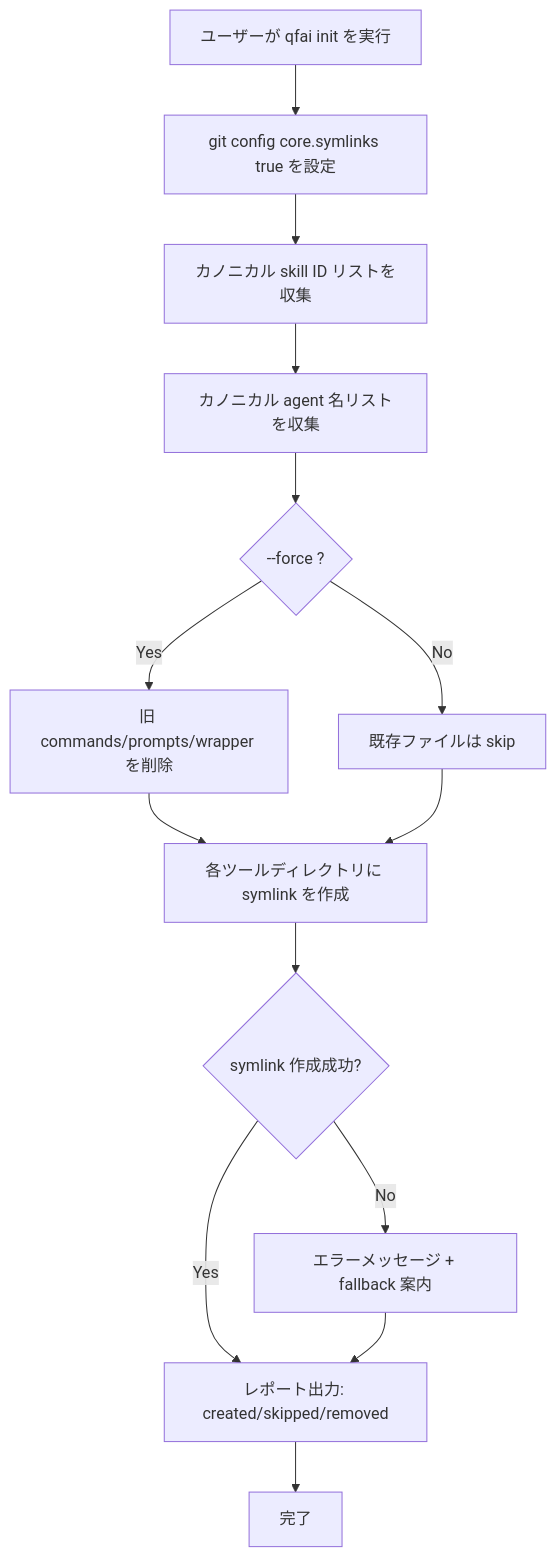
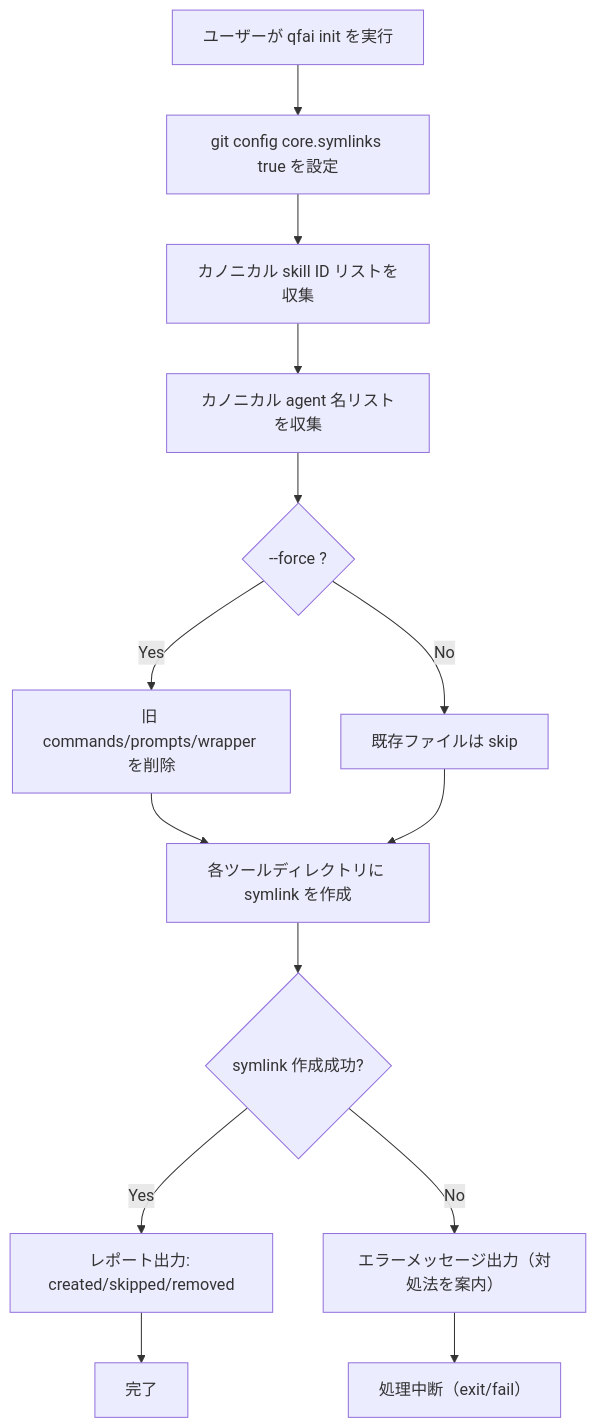
One commit to aganesy/QFAI changed the diagram in .qfai/discussion/discussion-20260312143000000/03_Story-Workshop.md. Above: the diagram before and after it, drawn with Mermaid. The commit also changed 6 other files, not shown here.

````diff
--- a/.qfai/discussion/discussion-20260312143000000/03_Story-Workshop.md
+++ b/.qfai/discussion/discussion-20260312143000000/03_Story-Workshop.md
@@ -98,16 +98,16 @@
 ```mermaid
 flowchart TD
     A["ユーザーが qfai init を実行"] --> B["git config core.symlinks true を設定"]
     B --> C["カノニカル skill ID リストを収集"]
     C --> D["カノニカル agent 名リストを収集"]
     D --> E{"--force ?"}
     E -->|Yes| F["旧 commands/prompts/wrapper を削除"]
     E -->|No| G["既存ファイルは skip"]
     F --> H["各ツールディレクトリに symlink を作成"]
     G --> H
     H --> I{"symlink 作成成功?"}
     I -->|Yes| J["レポート出力: created/skipped/removed"]
-    I -->|No| K["エラーメッセージ + fallback 案内"]
-    K --> J
+    I -->|No| K["エラーメッセージ出力（対処法を案内）"]
+    K --> M["処理中断（exit/fail）"]
     J --> L["完了"]
 ```
````
